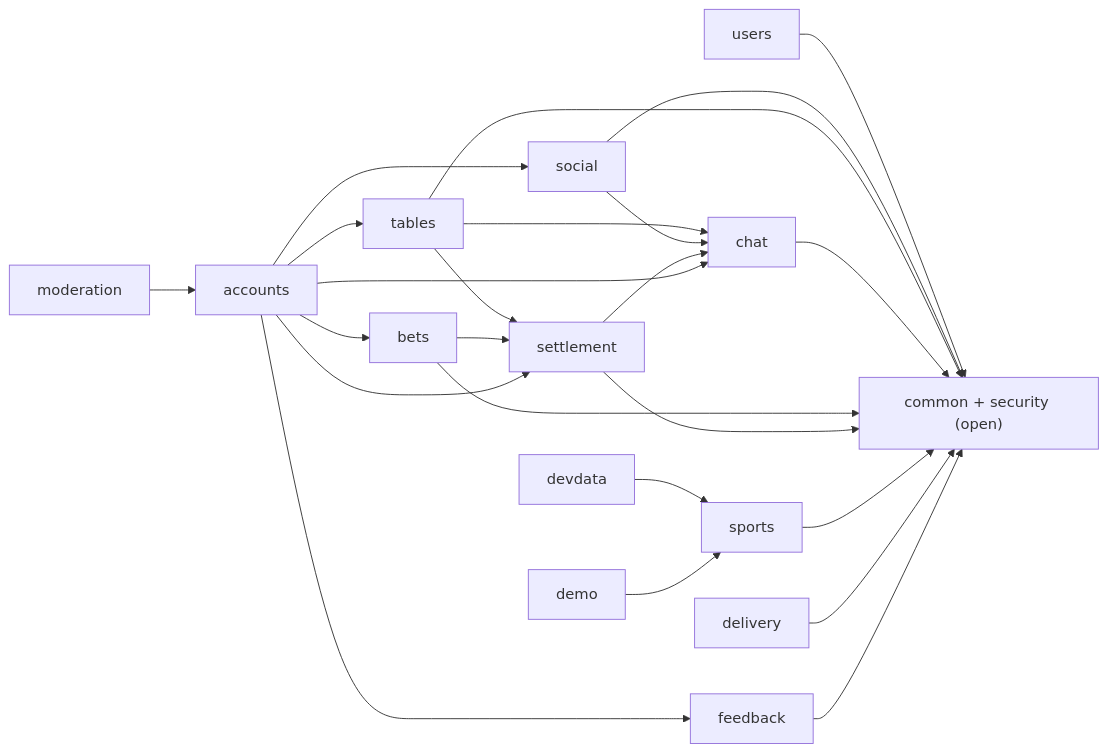
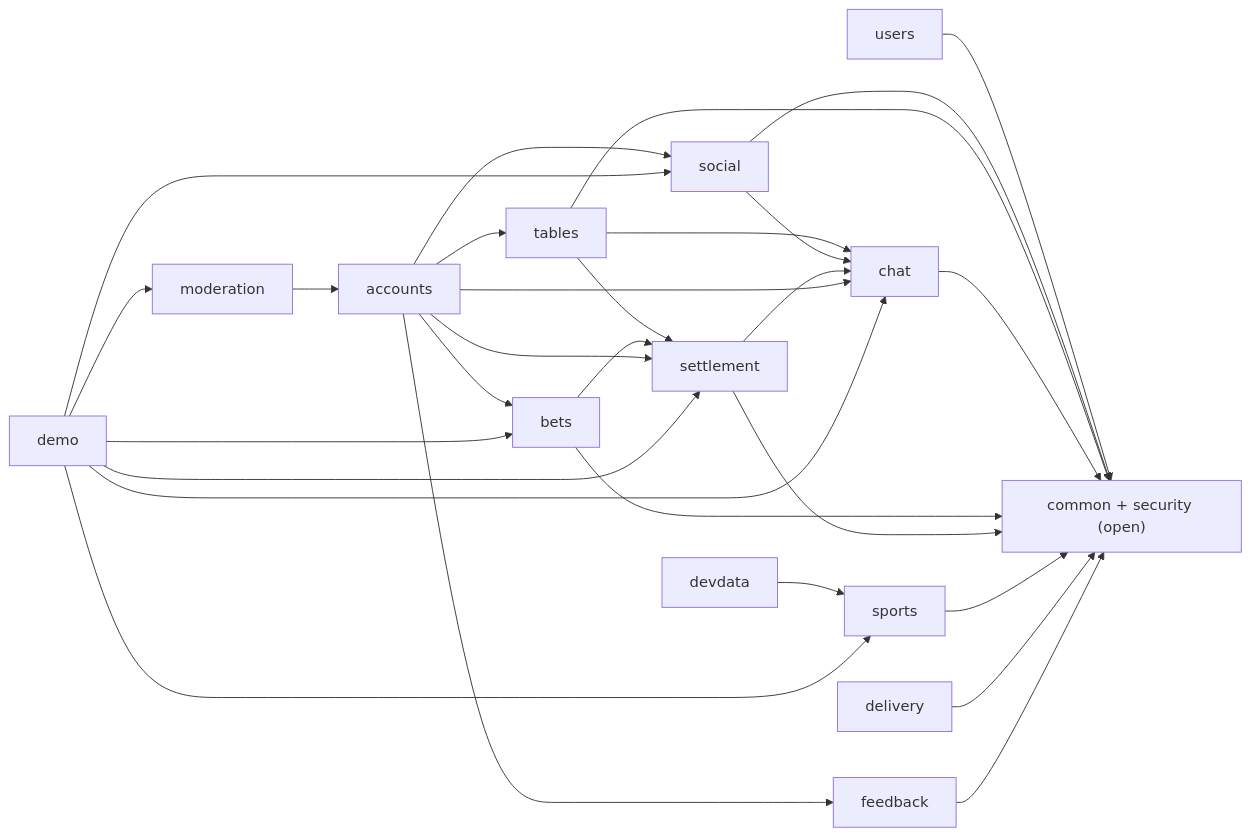
The second of 3 diagrams in docs/site/architecture.md (jackhudsonnnn/PVPicks), drawn with Mermaid before and after one commit. The commit also changed other lines of this file and 85 other files, not shown here.

````diff
--- a/docs/site/architecture.md
+++ b/docs/site/architecture.md
@@ -33,13 +33,13 @@
 ```mermaid
 flowchart LR
   tables --> chat
   tables --> settlement
   social --> chat
   settlement --> chat
   bets --> settlement
   accounts --> tables & chat & social & feedback & settlement & bets
   moderation --> accounts
   devdata --> sports
-  demo --> sports
+  demo --> sports & bets & social & chat & settlement & moderation
   users & social & tables & chat & bets & settlement & sports & delivery & feedback --> shared["common + security (open)"]
 ```
````
